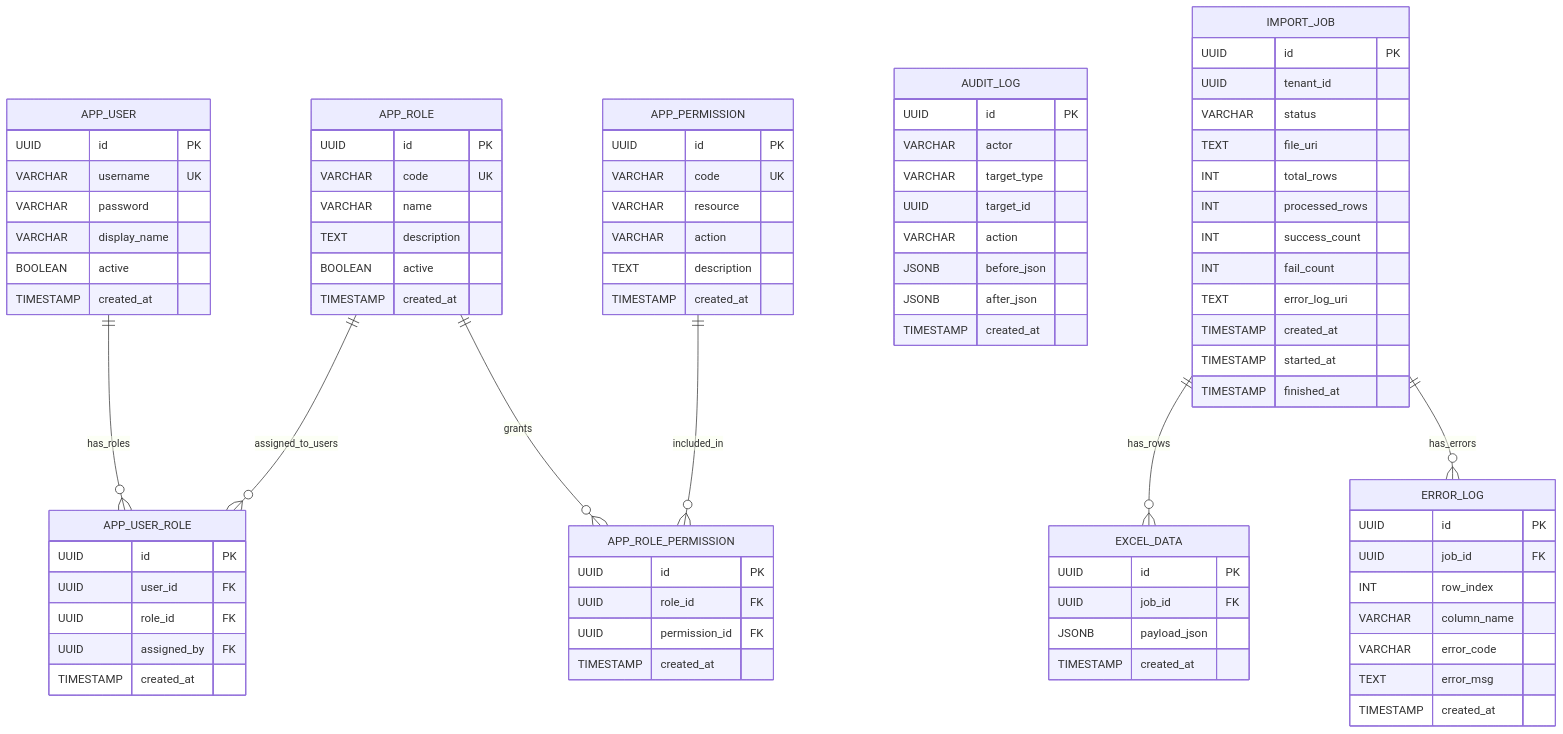
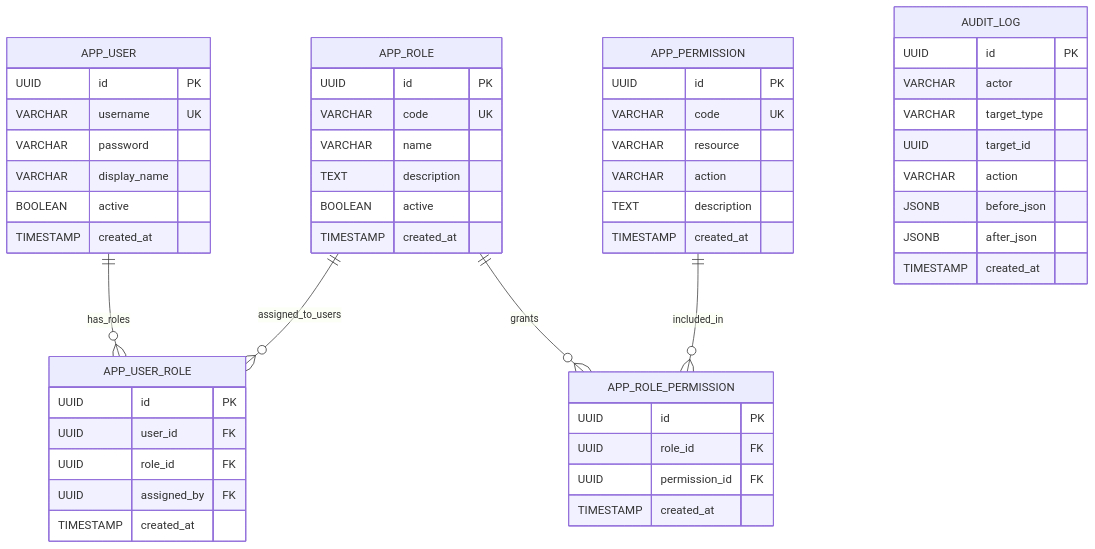
One commit to SEUNGH00N/tmp changed the second of 4 diagrams in ERD.md. Above: the diagram before and after it, drawn with Mermaid. The commit also changed other lines of this file and 1 other file, not shown here.

Commit message:
ERD.md 최신화

````diff
--- a/ERD.md
+++ b/ERD.md
@@ -65,43 +122,8 @@
     TIMESTAMP created_at
   }
 
-  IMPORT_JOB {
-    UUID id PK
-    UUID tenant_id
-    VARCHAR status
-    TEXT file_uri
-    INT total_rows
-    INT processed_rows
-    INT success_count
-    INT fail_count
-    TEXT error_log_uri
-    TIMESTAMP created_at
-    TIMESTAMP started_at
-    TIMESTAMP finished_at
-  }
-
-  EXCEL_DATA {
-    UUID id PK
-    UUID job_id FK
-    JSONB payload_json
-    TIMESTAMP created_at
-  }
-
-  ERROR_LOG {
-    UUID id PK
-    UUID job_id FK
-    INT row_index
-    VARCHAR column_name
-    VARCHAR error_code
-    TEXT error_msg
-    TIMESTAMP created_at
-  }
-
   APP_USER ||--o{ APP_USER_ROLE : has_roles
   APP_ROLE ||--o{ APP_USER_ROLE : assigned_to_users
   APP_ROLE ||--o{ APP_ROLE_PERMISSION : grants
   APP_PERMISSION ||--o{ APP_ROLE_PERMISSION : included_in
-
-  IMPORT_JOB ||--o{ EXCEL_DATA : has_rows
-  IMPORT_JOB ||--o{ ERROR_LOG : has_errors
 ```
````
